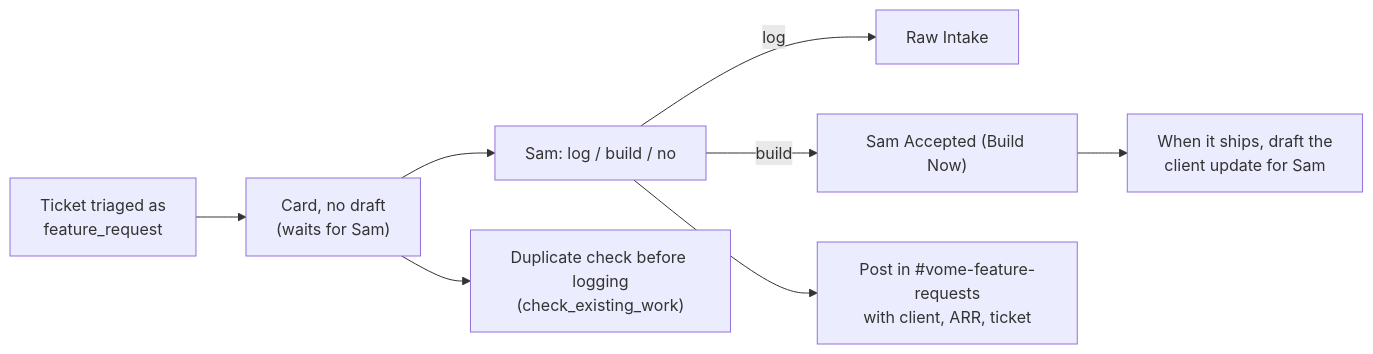
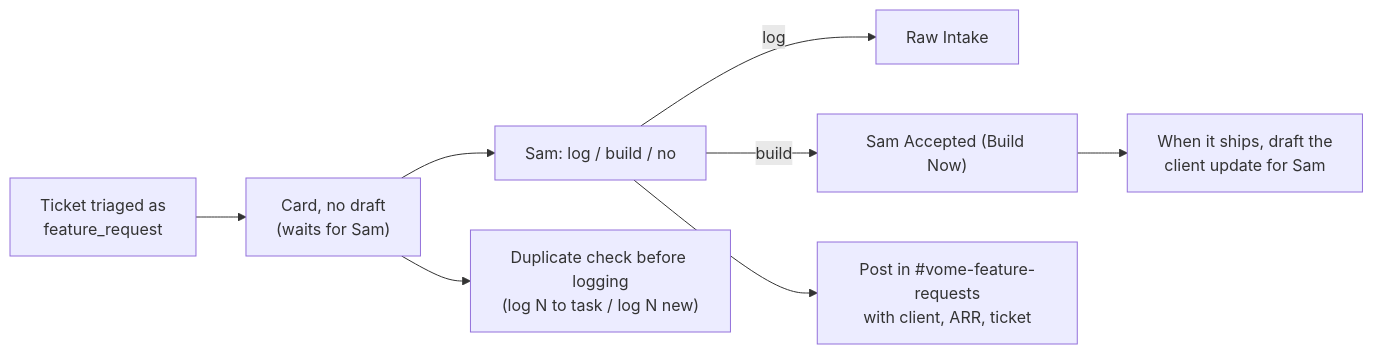
The fifth of 7 diagrams in WORKFLOWS.md (vomeadmin/vome-os), drawn with Mermaid before and after one commit. The commit also changed other lines of this file and 15 other files, not shown here.

First line of the commit message:
Remaining proposed items: quiet close, escalation reasons, untold fixes, feature dedupe

````diff
--- a/WORKFLOWS.md
+++ b/WORKFLOWS.md
@@ -108,10 +108,10 @@
 ```mermaid
 flowchart LR
   TK["Ticket triaged as<br/>feature_request"]:::deployed --> CARD["Card, no draft<br/>(waits for Sam)"]:::deployed
   CARD --> DEC["Sam: log / build / no"]:::deployed
   DEC -->|log| RI["Raw Intake"]:::deployed
   DEC -->|build| SA["Sam Accepted (Build Now)"]:::deployed
-  DEC --> POST["Post in #vome-feature-requests<br/>with client, ARR, ticket"]:::proposed
-  CARD --> DUP["Duplicate check before logging<br/>(check_existing_work)"]:::proposed
-  SA --> SHIP["When it ships, draft the<br/>client update for Sam"]:::proposed
+  DEC --> POST["Post in #vome-feature-requests<br/>with client, ARR, ticket"]:::built
+  CARD --> DUP["Duplicate check before logging<br/>(log N to task / log N new)"]:::built
+  SA --> SHIP["When it ships, draft the<br/>client update for Sam"]:::built
 ```
````
